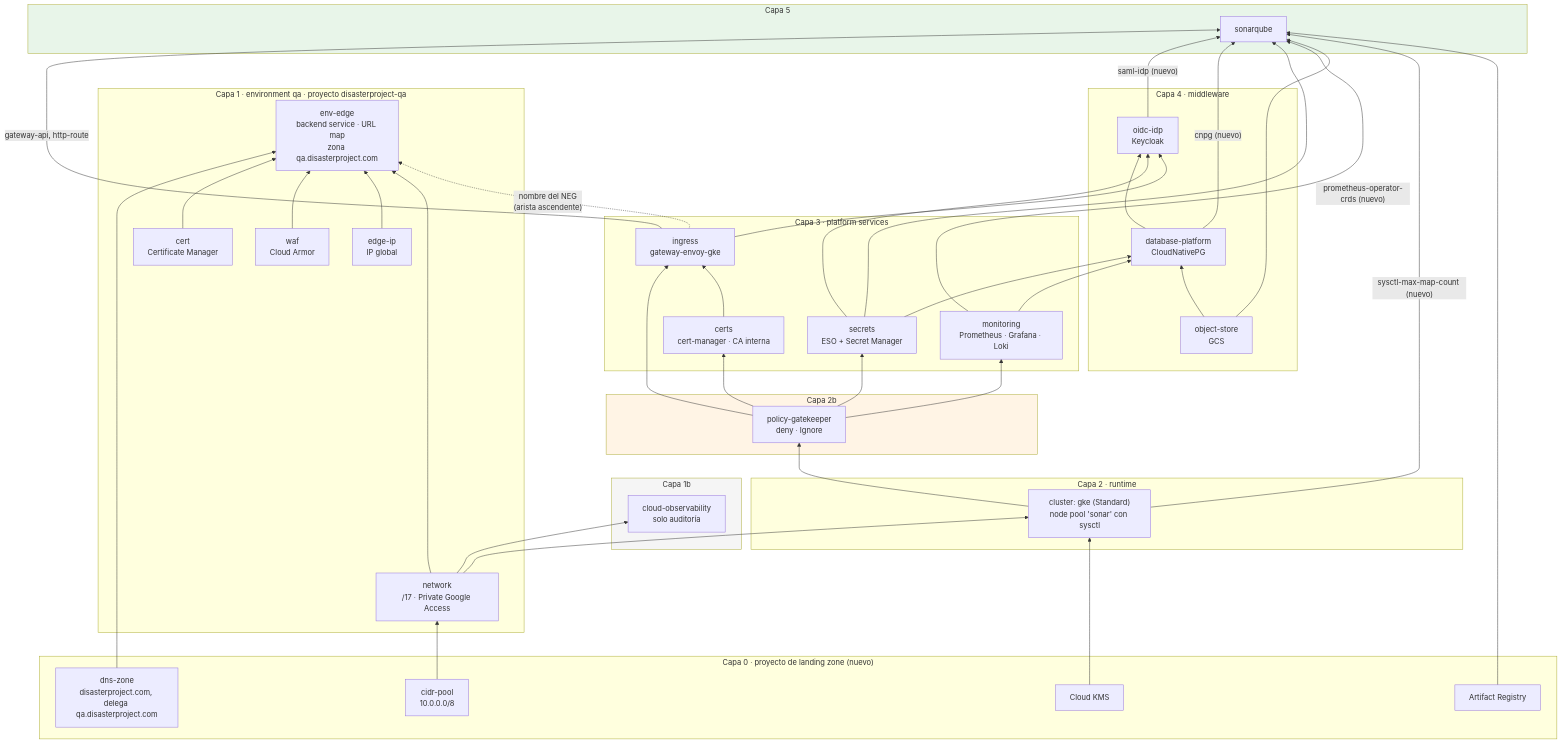
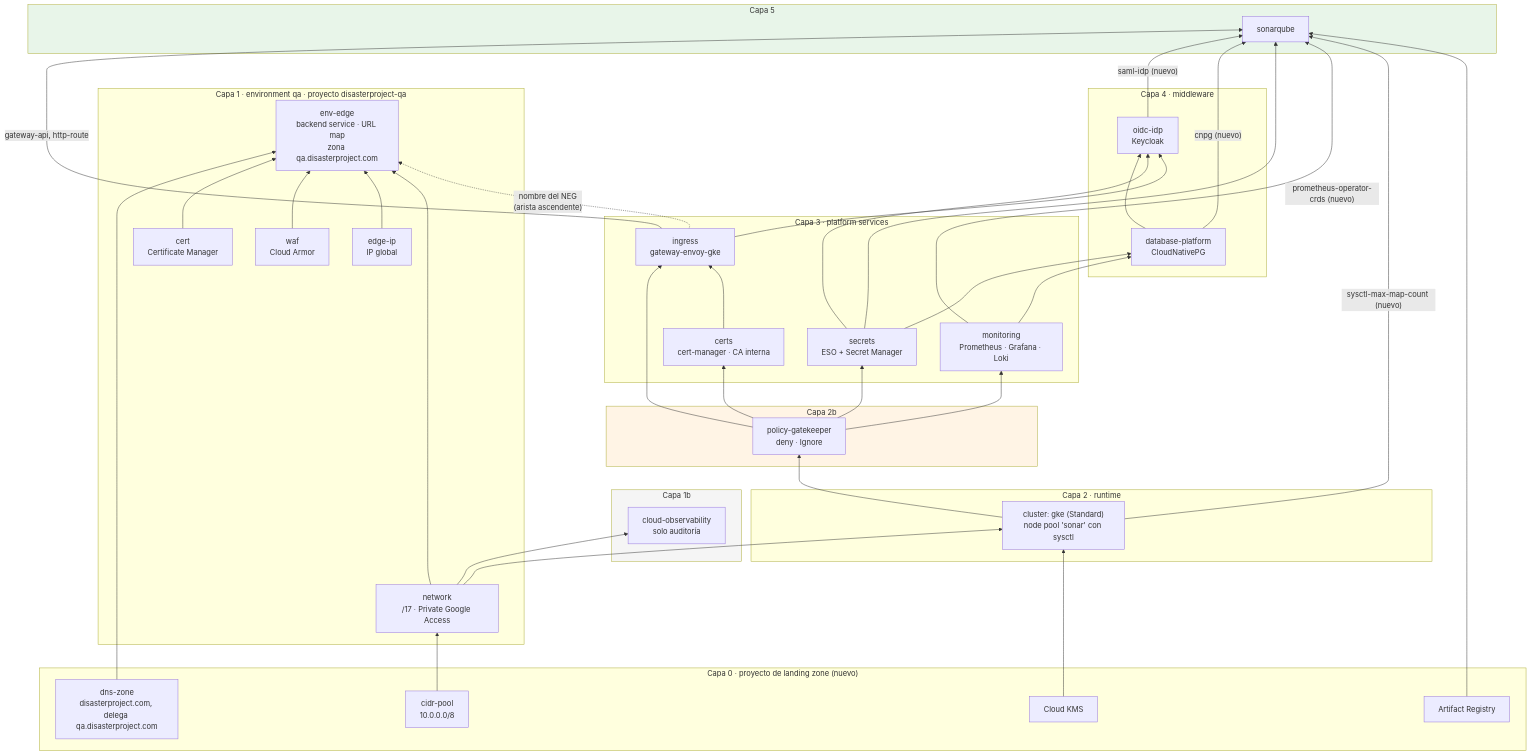
The diagram in docs/proposals/sonarqube-qa/diagrams/02-capas-dependencias.mmd (aescanero/proposal_documents), drawn with Mermaid before and after one commit. The commit also changed 11 other files, not shown here.

```diff
--- a/docs/proposals/sonarqube-qa/diagrams/02-capas-dependencias.mmd
+++ b/docs/proposals/sonarqube-qa/diagrams/02-capas-dependencias.mmd
@@ -1,70 +1,67 @@
 flowchart BT
     subgraph L0["Capa 0 · proyecto de landing zone (nuevo)"]
         DZ["dns-zone<br/>disasterproject.com, delega qa.disasterproject.com"]
         CP["cidr-pool<br/>10.0.0.0/8"]
         KMS["Cloud KMS"]
         AR["Artifact Registry"]
     end
     subgraph L1["Capa 1 · environment qa · proyecto disasterproject-qa"]
         NET["network<br/>/17 · Private Google Access"]
         CERT["cert<br/>Certificate Manager"]
         WAF["waf<br/>Cloud Armor"]
         EIP["edge-ip<br/>IP global"]
         EE["env-edge<br/>backend service · URL map<br/>zona qa.disasterproject.com"]
     end
     subgraph L1B["Capa 1b"]
         CO["cloud-observability<br/>solo auditoría"]
     end
     subgraph L2["Capa 2 · runtime"]
         CL["cluster: gke (Standard)<br/>node pool 'sonar' con sysctl"]
     end
     subgraph L2B["Capa 2b"]
         POL["policy-gatekeeper<br/>deny · Ignore"]
     end
     subgraph L3["Capa 3 · platform services"]
         ING["ingress<br/>gateway-envoy-gke"]
         CRT["certs<br/>cert-manager · CA interna"]
         SEC["secrets<br/>ESO + Secret Manager"]
         MONI["monitoring<br/>Prometheus · Grafana · Loki"]
     end
     subgraph L4["Capa 4 · middleware"]
         DBP["database-platform<br/>CloudNativePG"]
         IDP["oidc-idp<br/>Keycloak"]
-        OBJS["object-store<br/>GCS"]
     end
     subgraph L5["Capa 5"]
         SQ["sonarqube"]
     end
 
     CP --> NET
     NET --> CO
     NET --> CL
     DZ --> EE
     CERT --> EE
     WAF --> EE
     EIP --> EE
     NET --> EE
     CL --> POL
     POL --> ING & CRT & SEC & MONI
     KMS --> CL
     CRT --> ING
     ING -. "nombre del NEG<br/>(arista ascendente)" .-> EE
     SEC --> DBP
-    OBJS --> DBP
     MONI --> DBP
     DBP --> IDP
     SEC --> IDP
     ING --> IDP
 
     ING -->|"gateway-api, http-route"| SQ
     IDP -->|"saml-idp (nuevo)"| SQ
     DBP -->|"cnpg (nuevo)"| SQ
     SEC --> SQ
     MONI -->|"prometheus-operator-crds (nuevo)"| SQ
-    OBJS --> SQ
     CL -->|"sysctl-max-map-count (nuevo)"| SQ
     AR --> SQ
 
     style L2B fill:#fff4e5
     style L5 fill:#e8f5e9
     style L1B fill:#f5f5f5
```
